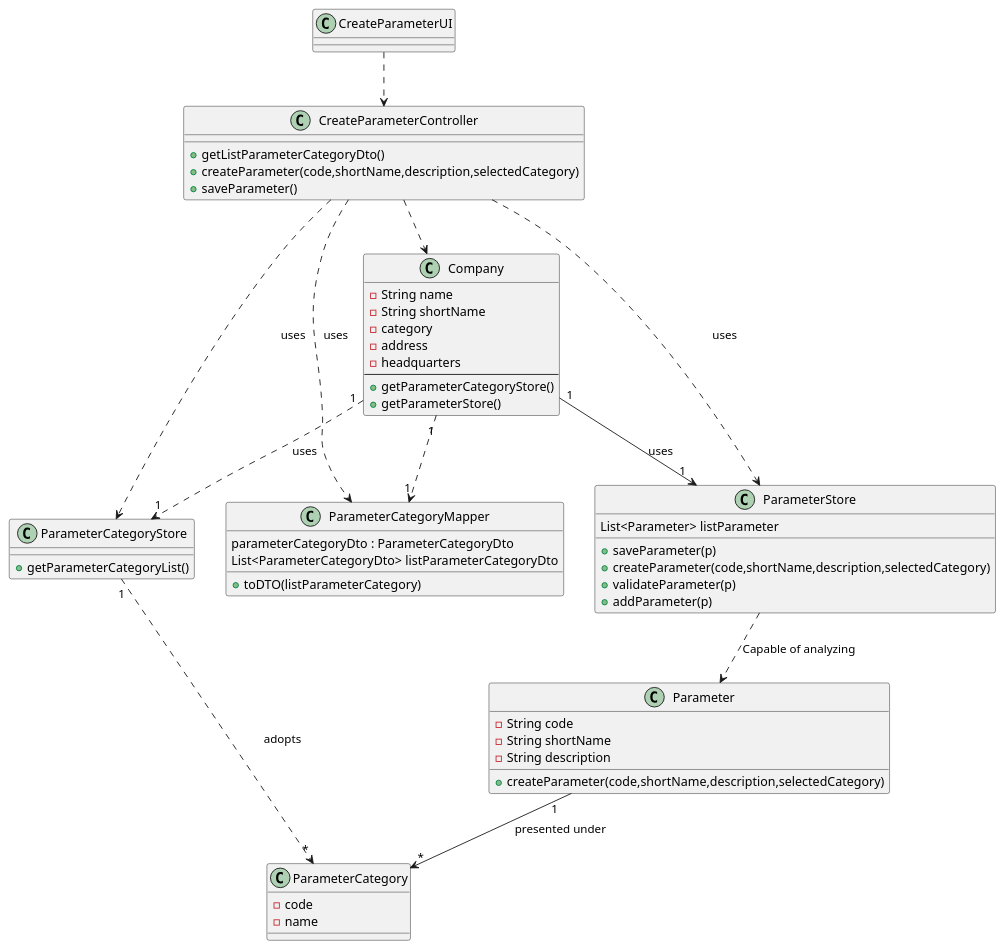
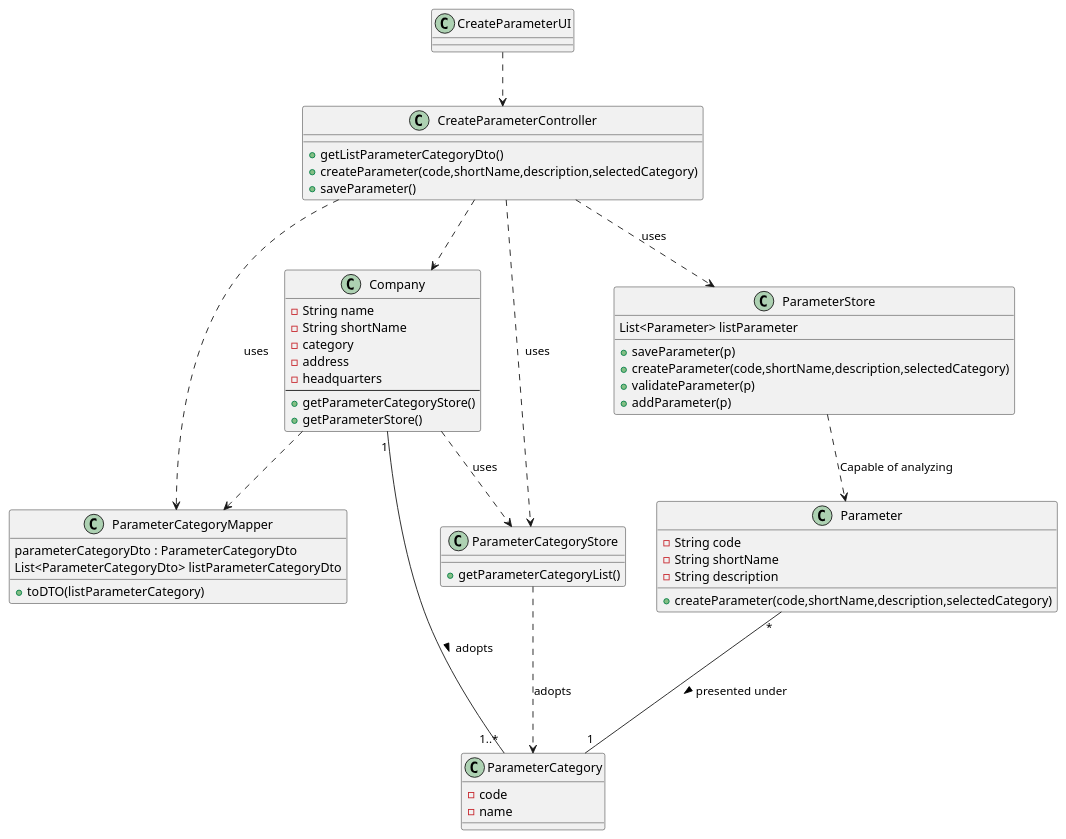
Before and after one commit to manu-07-ela/LAPR2_ISEP: the diagram in docs/SprintB/US10/US10_CD.puml, drawn with PlantUML. The commit also changed 10 other files, not shown here.

```diff
--- a/docs/SprintB/US10/US10_CD.puml
+++ b/docs/SprintB/US10/US10_CD.puml
@@ -1,69 +1,69 @@
 @startuml
 
 class CreateParameterUI{
 }
 
 class CreateParameterController{
 +getListParameterCategoryDto()
 +createParameter(code,shortName,description,selectedCategory)
 +saveParameter()
 }
 
 class Company{
 -String name
 -String shortName
 -category
 -address
 -headquarters
 --
 +getParameterCategoryStore()
 +getParameterStore()
 }
 
 class ParameterStore {
 +saveParameter(p)
 +createParameter(code,shortName,description,selectedCategory)
 +validateParameter(p)
 +addParameter(p)
 
 List<Parameter> listParameter
 
 }
 
 class ParameterCategoryMapper{
 +toDTO(listParameterCategory)
 parameterCategoryDto : ParameterCategoryDto
 List<ParameterCategoryDto> listParameterCategoryDto
 }
 
 class ParameterCategoryStore {
 +getParameterCategoryList()
 }
 
 class Parameter{
 - String code
 - String shortName
 - String description
 +createParameter(code,shortName,description,selectedCategory)
 }
 
 class ParameterCategory{
 - code
 - name
 }
 
 
 
 CreateParameterUI ..> CreateParameterController
 CreateParameterController ..> Company
 CreateParameterController ..> ParameterCategoryMapper : uses
 CreateParameterController ..> ParameterCategoryStore : uses
 CreateParameterController ..> ParameterStore : uses
-Company "1" --> "1" ParameterStore : uses
-Company "1" ..> "1" ParameterCategoryMapper
-Company "1" ..> "1" ParameterCategoryStore : uses
+Company "1"---"1..*" ParameterCategory : adopts >
+Company ..> ParameterCategoryMapper
+Company ..>  ParameterCategoryStore : uses
 ParameterStore ..> Parameter : Capable of analyzing
-ParameterCategoryStore "1" ..> "*" ParameterCategory : adopts
-Parameter "1" --> "*" ParameterCategory : presented under
+ParameterCategoryStore ..>  ParameterCategory : adopts
+Parameter "*"---"1" ParameterCategory : presented under >
 
 @enduml
```
